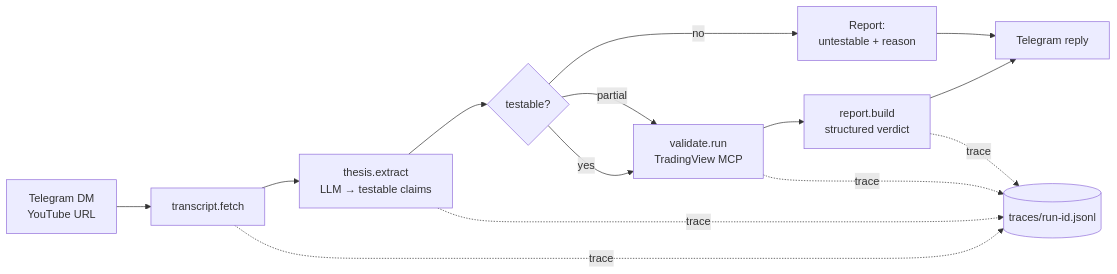
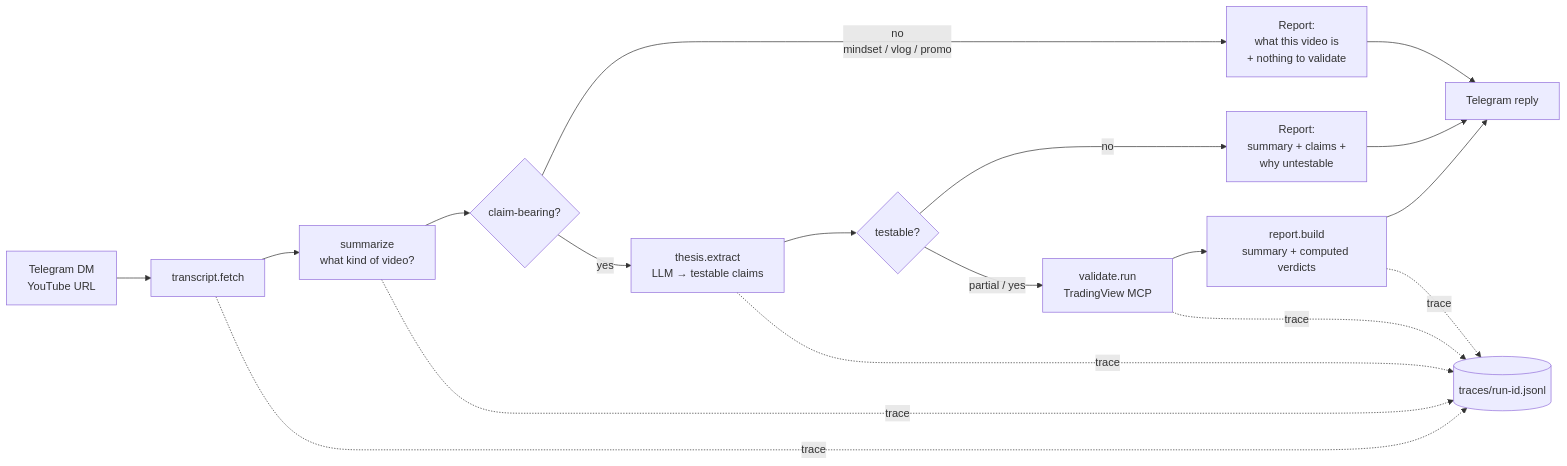
Before and after one commit to rsipavan/agent-research-lab: the diagram in README.md, drawn with Mermaid. The commit also changed other lines of this file and 25 other files, not shown here.

````diff
--- a/README.md
+++ b/README.md
@@ -13,16 +13,20 @@
 ```mermaid
 flowchart LR
     A[Telegram DM<br/>YouTube URL] --> B[transcript.fetch]
-    B --> C[thesis.extract<br/>LLM → testable claims]
+    B --> S[summarize<br/>what kind of video?]
+    S --> D0{claim-bearing?}
+    D0 -- no<br/>mindset / vlog / promo --> R1[Report:<br/>what this video is<br/>+ nothing to validate]
+    D0 -- yes --> C[thesis.extract<br/>LLM → testable claims]
     C --> D{testable?}
-    D -- no --> R1[Report:<br/>untestable + reason]
-    D -- partial --> E[validate.run<br/>TradingView MCP]
-    D -- yes --> E
-    E --> F[report.build<br/>structured verdict]
+    D -- no --> R2[Report:<br/>summary + claims +<br/>why untestable]
+    D -- partial / yes --> E[validate.run<br/>TradingView MCP]
+    E --> F[report.build<br/>summary + computed verdicts]
     R1 --> G[Telegram reply]
+    R2 --> G
     F --> G
     B -.trace.-> T[(traces/run-id.jsonl)]
+    S -.trace.-> T
     C -.trace.-> T
     E -.trace.-> T
     F -.trace.-> T
 ```
````
